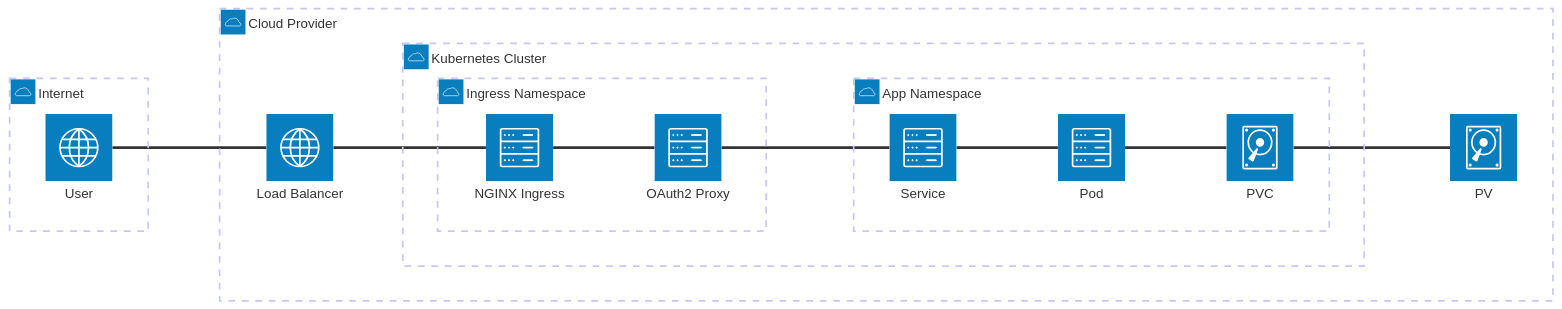
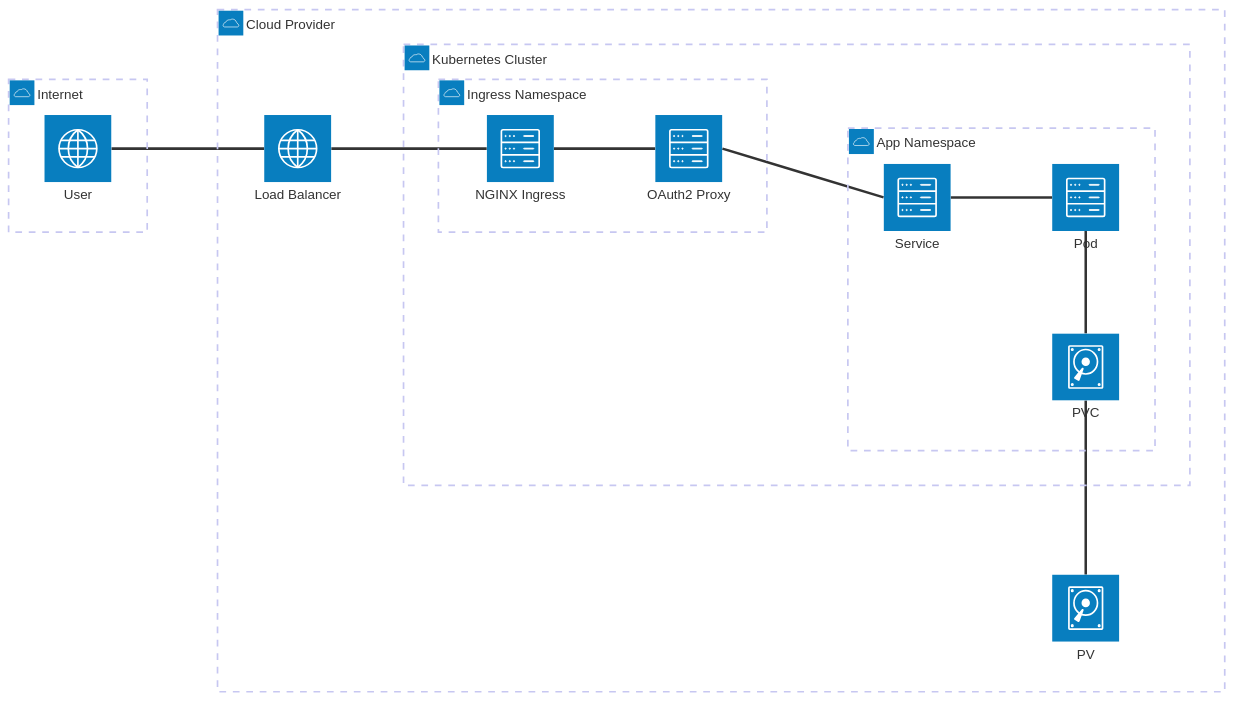
Before and after one commit to drengskapur/ghostwire: the diagram in README.md, drawn with Mermaid.

Commit message:
style(docs): use hybrid layout for architecture diagram
Horizontal flow for main request path, vertical for storage binding.

````diff
--- a/README.md
+++ b/README.md
@@ -84,25 +84,25 @@
 ```mermaid
 architecture-beta
     group internet(cloud)[Internet]
     group cloud(cloud)[Cloud Provider]
     group k8s(cloud)[Kubernetes Cluster] in cloud
     group ns_infra(cloud)[Ingress Namespace] in k8s
     group ns_app(cloud)[App Namespace] in k8s
 
     service user(internet)[User] in internet
     service lb(internet)[Load Balancer] in cloud
     service ingress(server)[NGINX Ingress] in ns_infra
     service oauth(server)[OAuth2 Proxy] in ns_infra
     service svc(server)[Service] in ns_app
     service pod(server)[Pod] in ns_app
     service pv(disk)[PV] in cloud
     service pvc(disk)[PVC] in ns_app
 
     user:R -- L:lb
     lb:R -- L:ingress
     ingress:R -- L:oauth
     oauth:R -- L:svc
     svc:R -- L:pod
-    pod:R -- L:pvc
-    pvc:R -- L:pv
+    pod:B -- T:pvc
+    pvc:B -- T:pv
 ```
````
